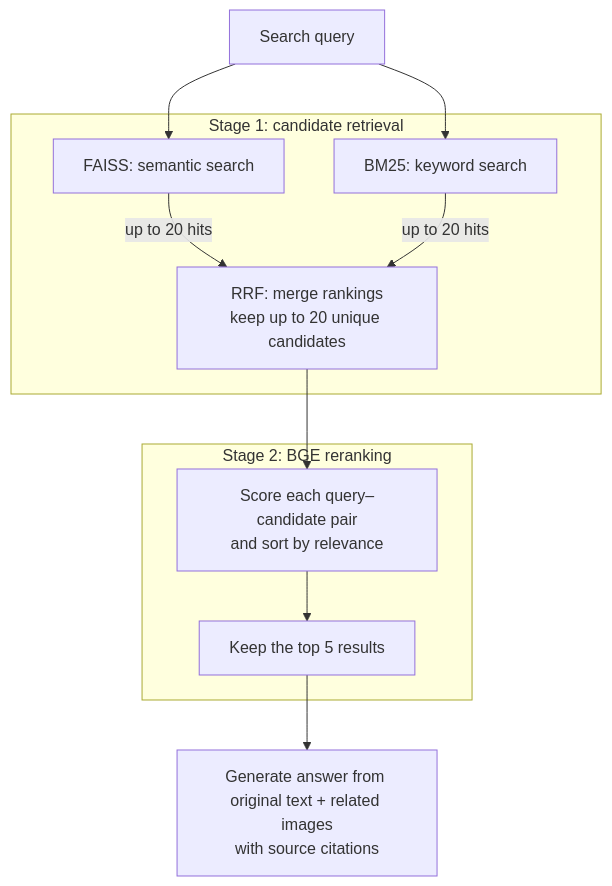
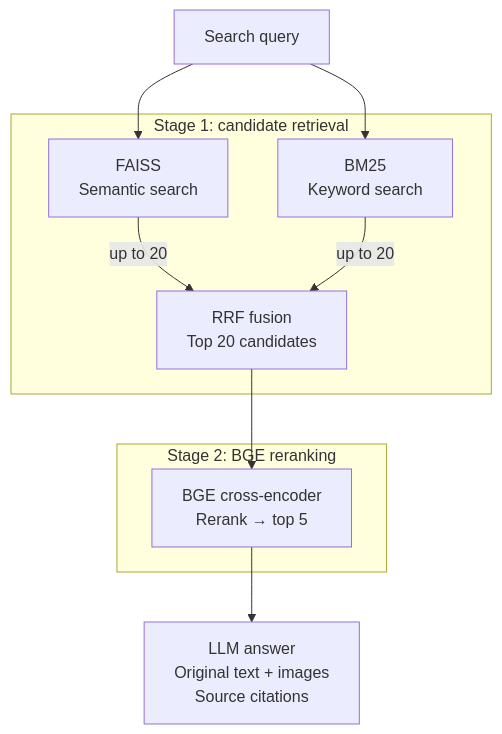
One commit to HUSSAMX7/Advanced_RAG changed the second of 2 diagrams in README.md. Above: the diagram before and after it, drawn with Mermaid.

Commit message:
docs: shorten retrieval diagram labels for readability

````diff
--- a/README.md
+++ b/README.md
@@ -36,15 +36,15 @@
 ```mermaid
 flowchart TD
     Q["Search query"]
     subgraph Candidates["Stage 1: candidate retrieval"]
-        Dense["FAISS: semantic search"] -->|"up to 20 hits"| F["RRF: merge rankings<br/>keep up to 20 unique candidates"]
-        Lexical["BM25: keyword search"] -->|"up to 20 hits"| F
+        Dense["FAISS<br/>Semantic search"] -->|"up to 20"| F["RRF fusion<br/>Top 20 candidates"]
+        Lexical["BM25<br/>Keyword search"] -->|"up to 20"| F
     end
     subgraph Reranking["Stage 2: BGE reranking"]
-        G["Score each query–candidate pair<br/>and sort by relevance"] --> H["Keep the top 5 results"]
+        G["BGE cross-encoder<br/>Rerank → top 5"]
     end
     Q --> Dense
     Q --> Lexical
     F --> G
-    H --> Answer["Generate answer from original text + related images<br/>with source citations"]
+    G --> Answer["LLM answer<br/>Original text + images<br/>Source citations"]
 ```
````
